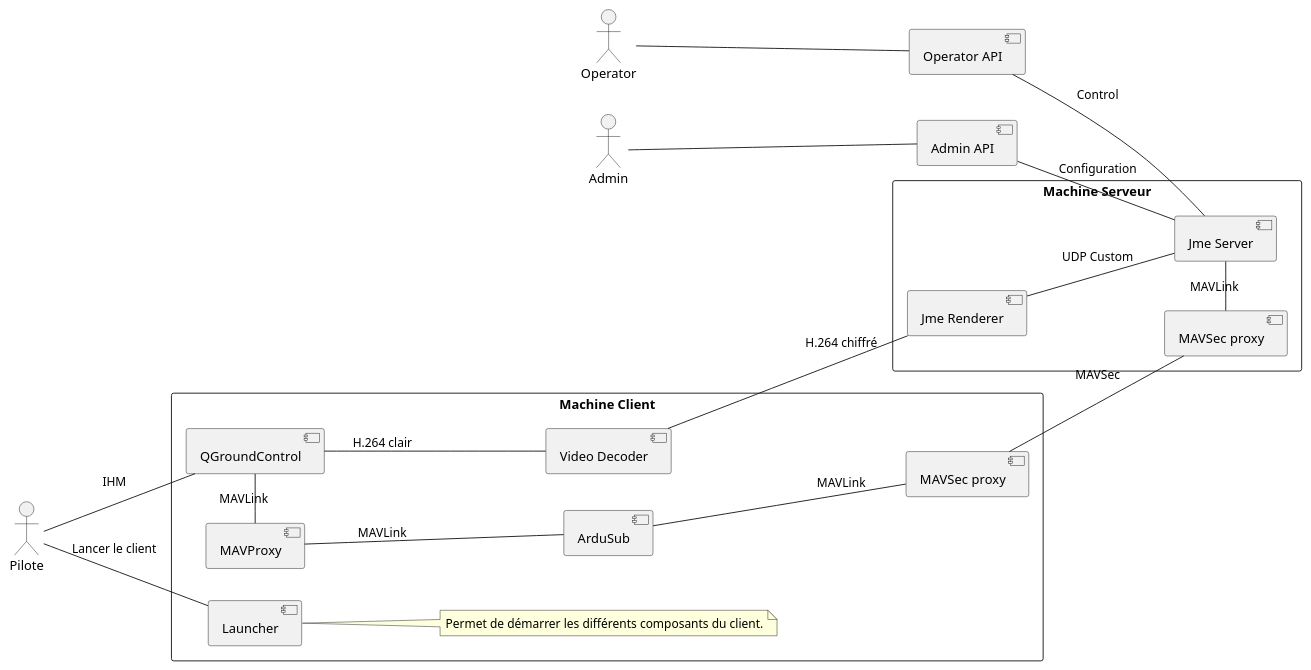
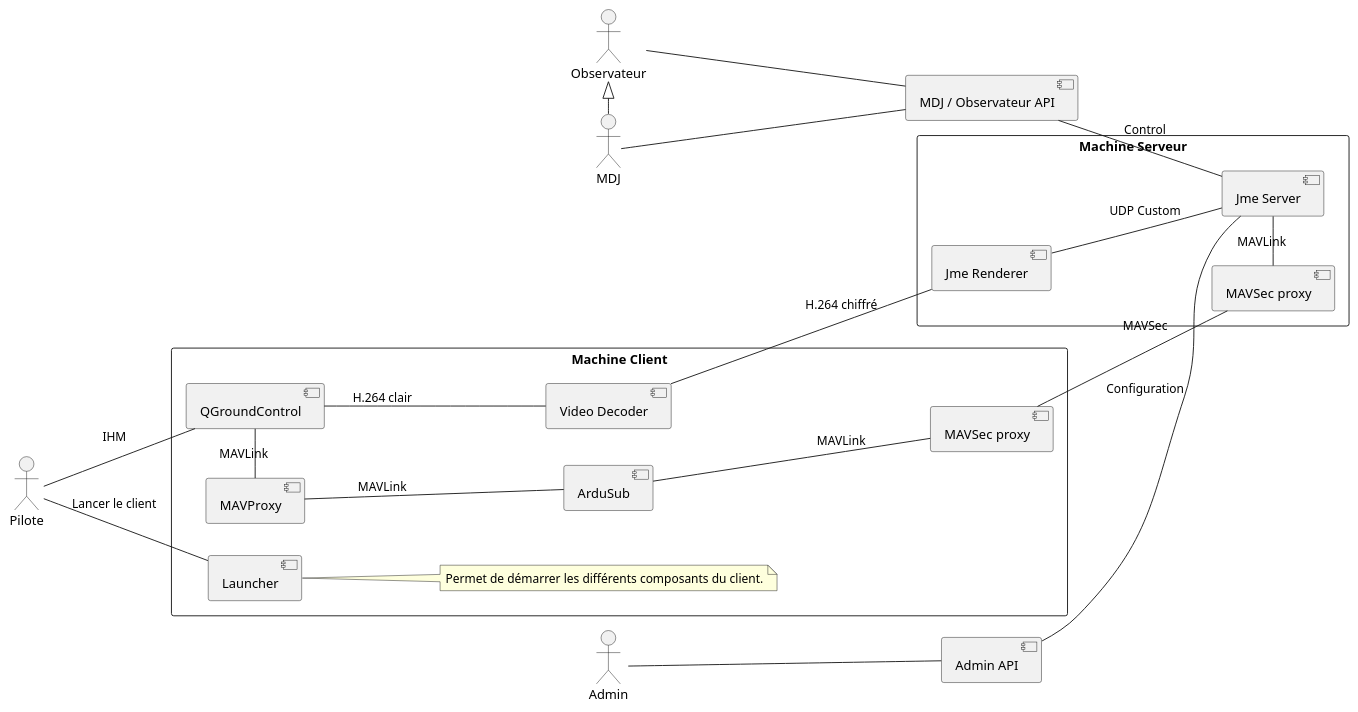
One commit to tombartos/SAE-DRONE changed the diagram in doc/ardupilot_server_components.puml. Above: the diagram before and after it, drawn with PlantUML. The commit also changed 1 other file, not shown here.

Commit message:
changed apis and added observaterur to components diagrams

```diff
--- a/doc/ardupilot_server_components.puml
+++ b/doc/ardupilot_server_components.puml
@@ -1,48 +1,52 @@
 @startuml
 
 left to right direction
 
+actor Admin
 actor Pilote
-actor Operator
-actor Admin
+actor Observateur
+actor MDJ
+
+MDJ -left-|> Observateur
 
 rectangle "Machine Client" {
     component Launcher
     component "Video Decoder" as VideoDecoder
     component QGroundControl
     component MAVProxy
     component ArduSub
     component "MAVSec proxy" as SecProxy1
 
     Pilote -- QGroundControl : IHM
     Pilote -- Launcher : Lancer le client
     note right of Launcher
         Permet de démarrer les différents composants du client.
     end note
     QGroundControl -left- MAVProxy : MAVLink
     MAVProxy -- ArduSub : MAVLink
     ArduSub -- SecProxy1 : MAVLink
 }
 
-component "Operator API" as OperatorClient
+component "MDJ / Observateur API" as MDJAPI
 component "Admin API" as AdminClient
 
 rectangle "Machine Serveur" {
     component "MAVSec proxy" as SecProxy2
     component "Video Decoder" as JmeRenderer
     component "Jme Renderer" as JmeRenderer
     component "Jme Server" as JmeServer
 
     SecProxy2 -left- JmeServer : MAVLink
     JmeRenderer -- JmeServer : UDP Custom
-    OperatorClient -- JmeServer : Control
+    MDJAPI -- JmeServer : Control
     AdminClient -- JmeServer : Configuration
 }
 
 SecProxy1 -- SecProxy2 : MAVSec
 QGroundControl -- VideoDecoder : H.264 clair
 VideoDecoder -- JmeRenderer : H.264 chiffré
-Operator -- OperatorClient
 Admin -- AdminClient
+Observateur -- MDJAPI
+MDJ -- MDJAPI
 
 @enduml
```
